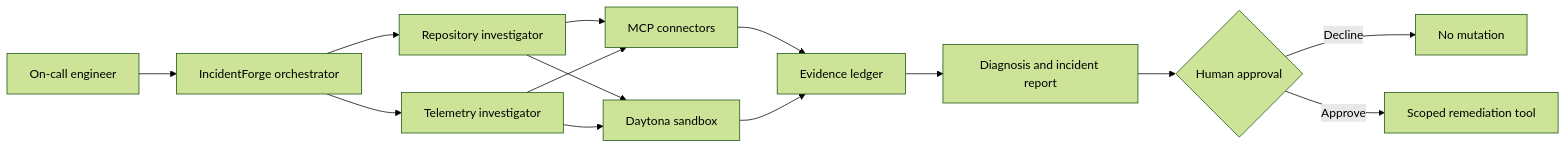
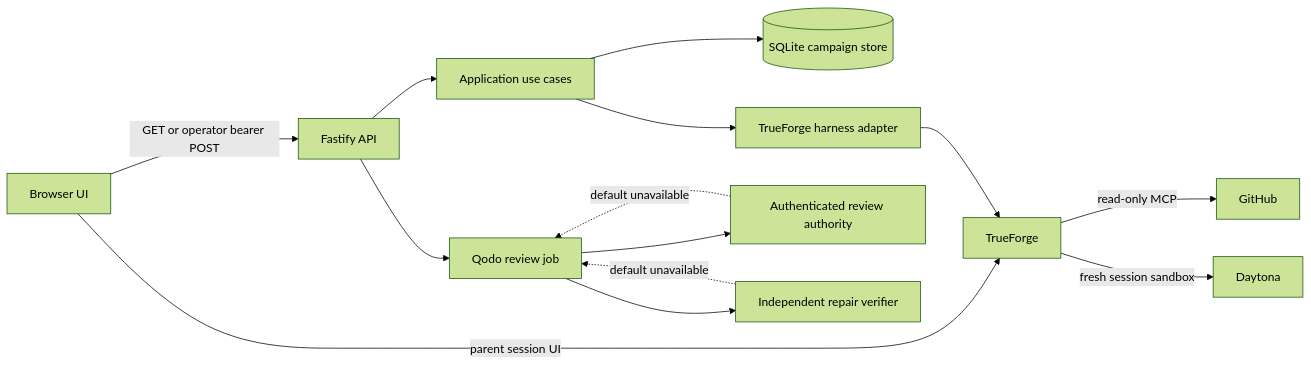
The diagram in docs/architecture.md (mohantyabhijit/agent-harness), drawn with Mermaid (forest theme) before and after one commit. The commit also changed other lines of this file and 7 other files, not shown here.

````diff
--- a/docs/architecture.md
+++ b/docs/architecture.md
@@ -7,16 +7,16 @@
 ```mermaid
 flowchart LR
-    U[On-call engineer] --> O[IncidentForge orchestrator]
-    O --> R[Repository investigator]
-    O --> T[Telemetry investigator]
-    R --> M[MCP connectors]
-    T --> M
-    R --> S[Daytona sandbox]
-    T --> S
-    M --> E[Evidence ledger]
-    S --> E
-    E --> D[Diagnosis and incident report]
-    D --> A{Human approval}
-    A -->|Decline| N[No mutation]
-    A -->|Approve| X[Scoped remediation tool]
+    B[Browser UI] -->|GET or operator bearer POST| A[Fastify API]
+    B -->|parent session UI| T[TrueForge]
+    A --> C[Application use cases]
+    C --> D[(SQLite campaign store)]
+    C --> H[TrueForge harness adapter]
+    H --> T
+    T -->|read-only MCP| G[GitHub]
+    T -->|fresh session sandbox| S[Daytona]
+    A --> J[Qodo review job]
+    J --> Q[Authenticated review authority]
+    J --> V[Independent repair verifier]
+    Q -. default unavailable .-> J
+    V -. default unavailable .-> J
 ```
````
